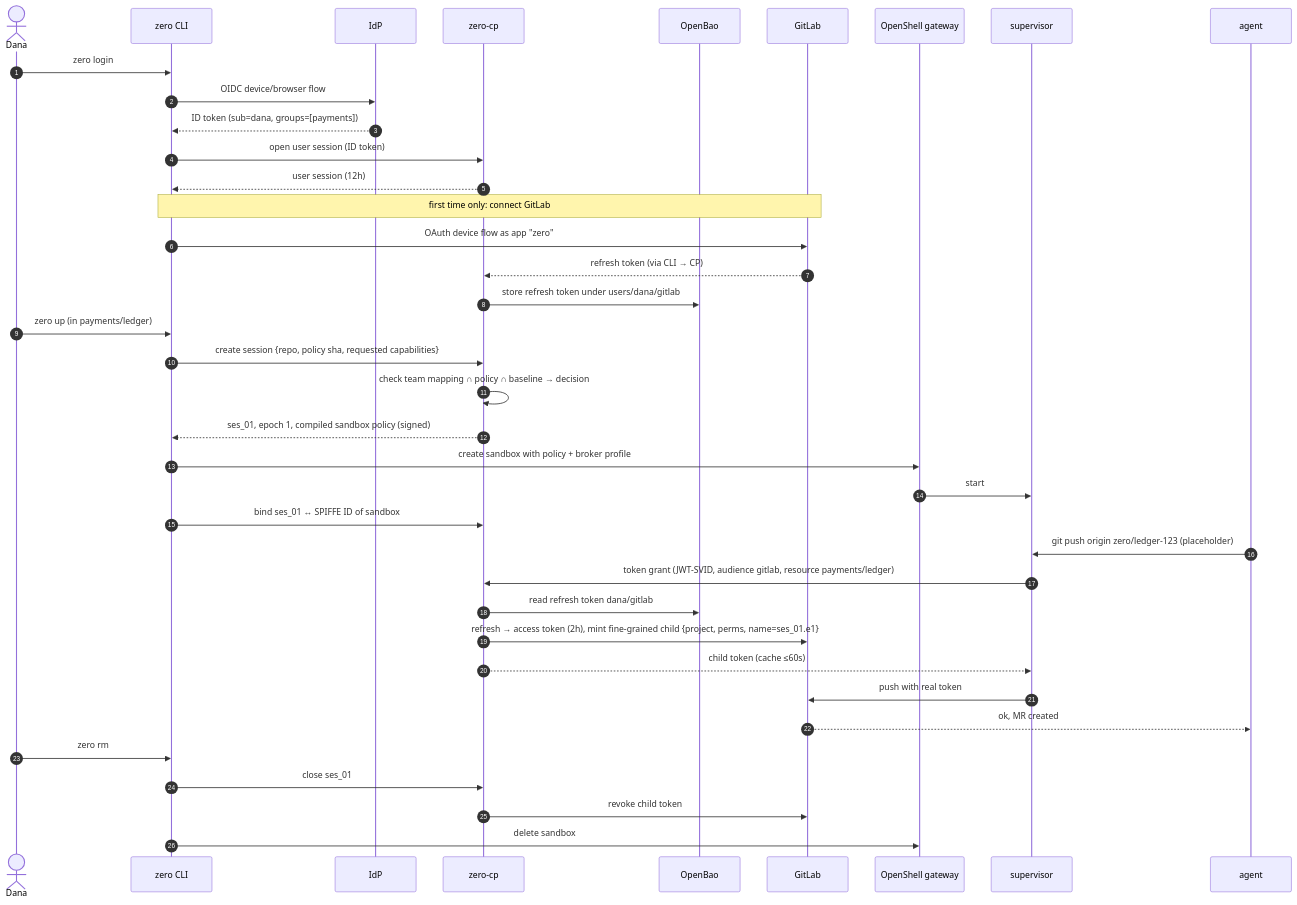
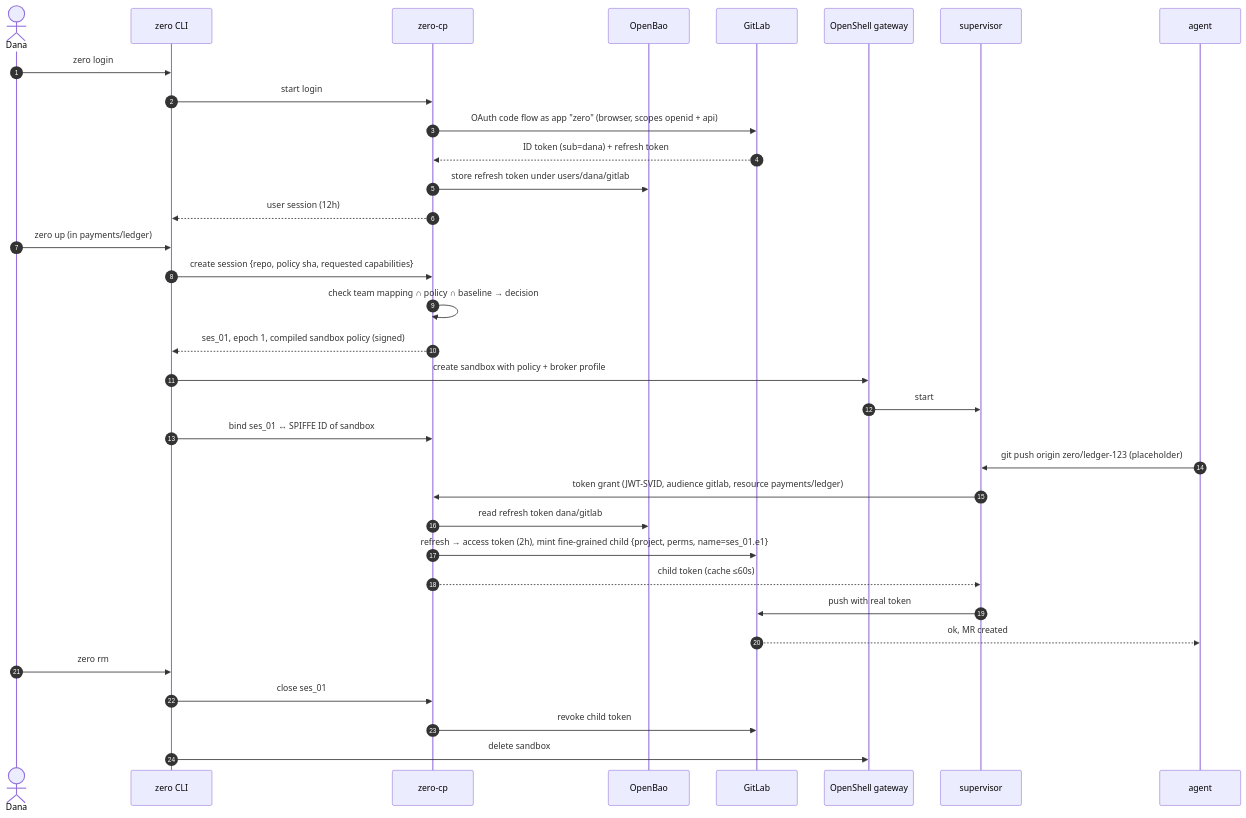
The first of 2 diagrams in docs/scenarios/identity-broker-usecases.md (Breee/z3r0), drawn with Mermaid before and after one commit. The commit also changed other lines of this file, not shown here.

Commit message:
broker use cases: scope to GitLab + Kubernetes, GitLab is the login (#92)

````diff
--- a/docs/scenarios/identity-broker-usecases.md
+++ b/docs/scenarios/identity-broker-usecases.md
@@ -66,44 +65,40 @@
 ```mermaid
 sequenceDiagram
   autonumber
   actor Dana
   participant CLI as zero CLI
-  participant IdP
   participant CP as zero-cp
   participant Bao as OpenBao
   participant GL as GitLab
   participant GW as OpenShell gateway
   participant Sup as supervisor
   participant Ag as agent
 
   Dana->>CLI: zero login
-  CLI->>IdP: OIDC device/browser flow
-  IdP-->>CLI: ID token (sub=dana, groups=[payments])
-  CLI->>CP: open user session (ID token)
+  CLI->>CP: start login
+  CP->>GL: OAuth code flow as app "zero" (browser, scopes openid + api)
+  GL-->>CP: ID token (sub=dana) + refresh token
+  CP->>Bao: store refresh token under users/dana/gitlab
   CP-->>CLI: user session (12h)
-  Note over CLI,GL: first time only: connect GitLab
-  CLI->>GL: OAuth device flow as app "zero"
-  GL-->>CP: refresh token (via CLI → CP)
-  CP->>Bao: store refresh token under users/dana/gitlab
 
   Dana->>CLI: zero up (in payments/ledger)
   CLI->>CP: create session {repo, policy sha, requested capabilities}
   CP->>CP: check team mapping ∩ policy ∩ baseline → decision
   CP-->>CLI: ses_01, epoch 1, compiled sandbox policy (signed)
   CLI->>GW: create sandbox with policy + broker profile
   GW->>Sup: start
   CLI->>CP: bind ses_01 ↔ SPIFFE ID of sandbox
 
   Ag->>Sup: git push origin zero/ledger-123 (placeholder)
   Sup->>CP: token grant (JWT-SVID, audience gitlab, resource payments/ledger)
   CP->>Bao: read refresh token dana/gitlab
   CP->>GL: refresh → access token (2h), mint fine-grained child {project, perms, name=ses_01.e1}
   CP-->>Sup: child token (cache ≤60s)
   Sup->>GL: push with real token
   GL-->>Ag: ok, MR created
 
   Dana->>CLI: zero rm
   CLI->>CP: close ses_01
   CP->>GL: revoke child token
   CLI->>GW: delete sandbox
 ```
````
